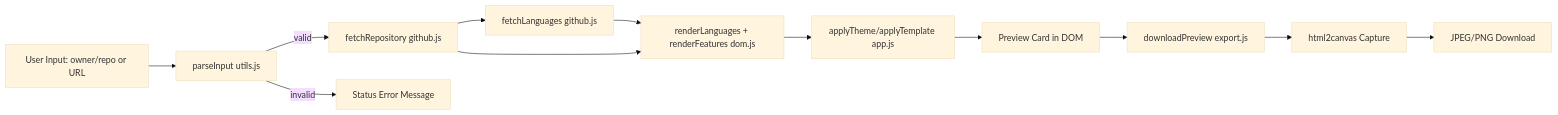
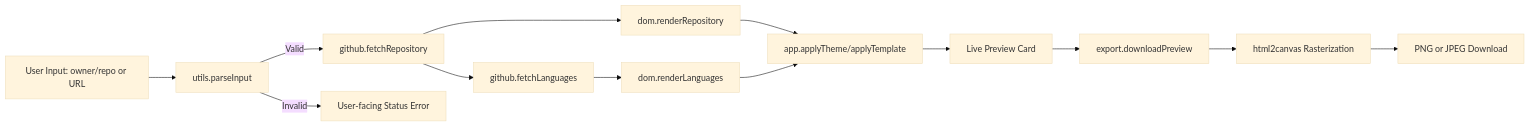
Before and after one commit to readme-SVG/github-social-preview-generator: the diagram in README.md, drawn with Mermaid (base theme). The commit also changed other lines of this file, not shown here.

````diff
--- a/README.md
+++ b/README.md
@@ -101,14 +121,15 @@
 ```mermaid
 flowchart LR
-    A[User Input: owner/repo or URL] --> B[parseInput utils.js]
-    B -->|valid| C[fetchRepository github.js]
-    C --> D[fetchLanguages github.js]
-    D --> E[renderLanguages + renderFeatures dom.js]
-    C --> E
-    E --> F[applyTheme/applyTemplate app.js]
-    F --> G[Preview Card in DOM]
-    G --> H[downloadPreview export.js]
-    H --> I[html2canvas Capture]
-    I --> J[JPEG/PNG Download]
-    B -->|invalid| K[Status Error Message]
+    A[User Input: owner/repo or URL] --> B[utils.parseInput]
+    B -->|Valid| C[github.fetchRepository]
+    C --> D[github.fetchLanguages]
+    C --> E[dom.renderRepository]
+    D --> F[dom.renderLanguages]
+    E --> G[app.applyTheme/applyTemplate]
+    F --> G
+    G --> H[Live Preview Card]
+    H --> I[export.downloadPreview]
+    I --> J[html2canvas Rasterization]
+    J --> K[PNG or JPEG Download]
+    B -->|Invalid| L[User-facing Status Error]
 ```
````
